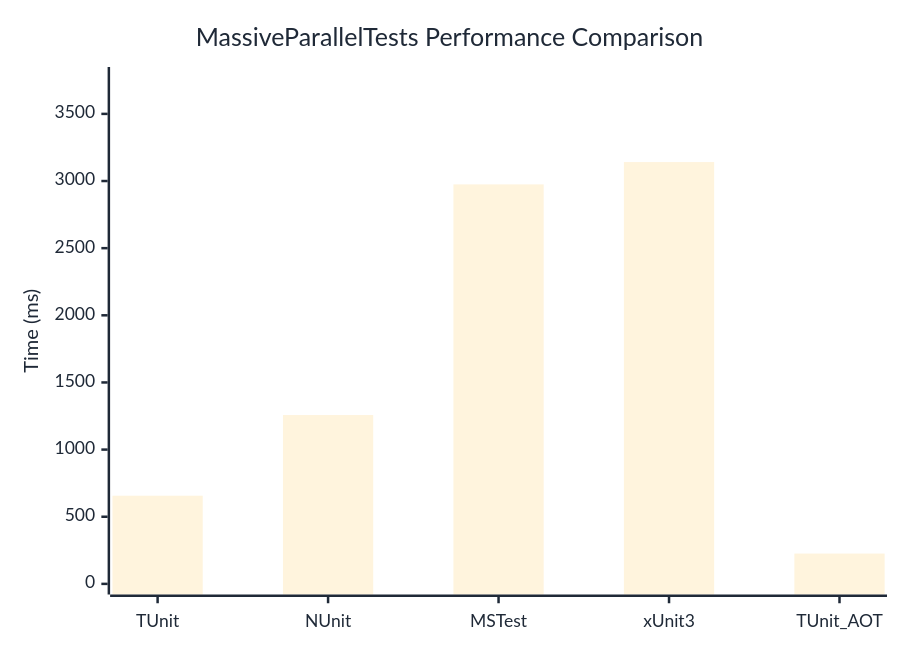
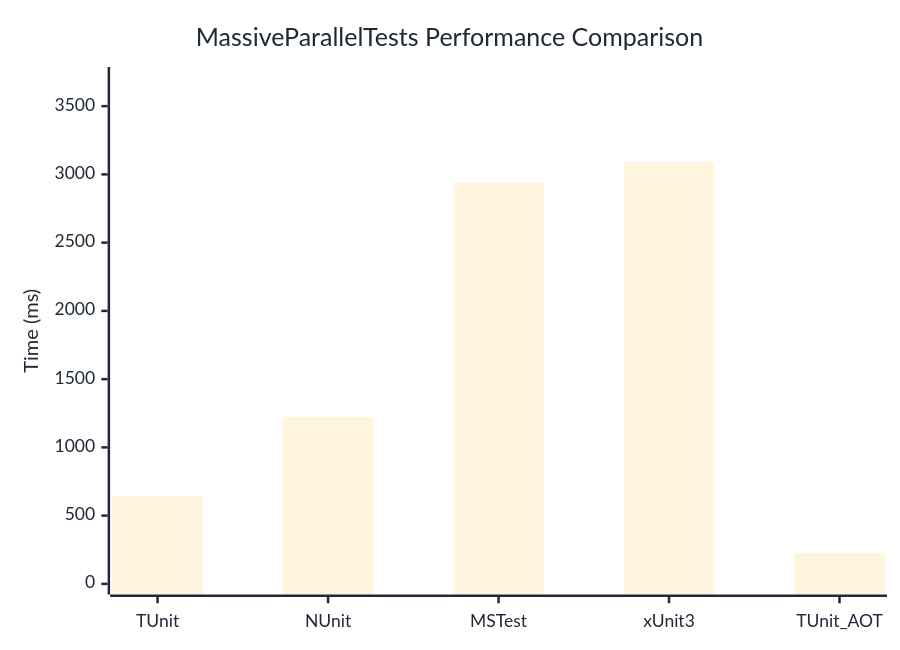
Before and after one commit to thomhurst/TUnit: the diagram in docs/docs/benchmarks/MassiveParallelTests.md, drawn with Mermaid. The commit also changed other lines of this file and 17 other files, not shown here.

````diff
--- a/docs/docs/benchmarks/MassiveParallelTests.md
+++ b/docs/docs/benchmarks/MassiveParallelTests.md
@@ -27,37 +27,37 @@
 ```mermaid
 %%{init: {
   'theme':'base',
   'themeVariables': {
     'primaryColor': '#2563eb',
     'primaryTextColor': '#1f2937',
     'primaryBorderColor': '#1e40af',
     'lineColor': '#6b7280',
     'secondaryColor': '#7c3aed',
     'tertiaryColor': '#dc2626',
     'background': '#ffffff',
     'mainBkg': '#2563eb',
     'secondBkg': '#7c3aed',
     'tertiaryBkg': '#dc2626',
     'clusterBkg': '#f3f4f6',
     'edgeLabelBackground': '#ffffff',
     'tertiaryTextColor': '#1f2937',
     'pie1': '#2563eb',
     'pie2': '#7c3aed',
     'pie3': '#dc2626',
     'pie4': '#f59e0b',
     'pie5': '#10b981',
     'pie6': '#06b6d4',
     'pie7': '#ec4899',
     'pie8': '#6366f1',
     'pie9': '#84cc16',
     'pie10': '#f97316',
     'pie11': '#14b8a6',
     'pie12': '#a855f7'
   }
 }}%%
 xychart-beta
   title "MassiveParallelTests Performance Comparison"
   x-axis ["TUnit", "NUnit", "MSTest", "xUnit3", "TUnit_AOT"]
-  y-axis "Time (ms)" 0 --> 3770
-  bar [656.6, 1257.2, 2975, 3141.2, 225.7]
+  y-axis "Time (ms)" 0 --> 3709
+  bar [645.3, 1221.1, 2940.4, 3090.5, 225.4]
 ```
````
